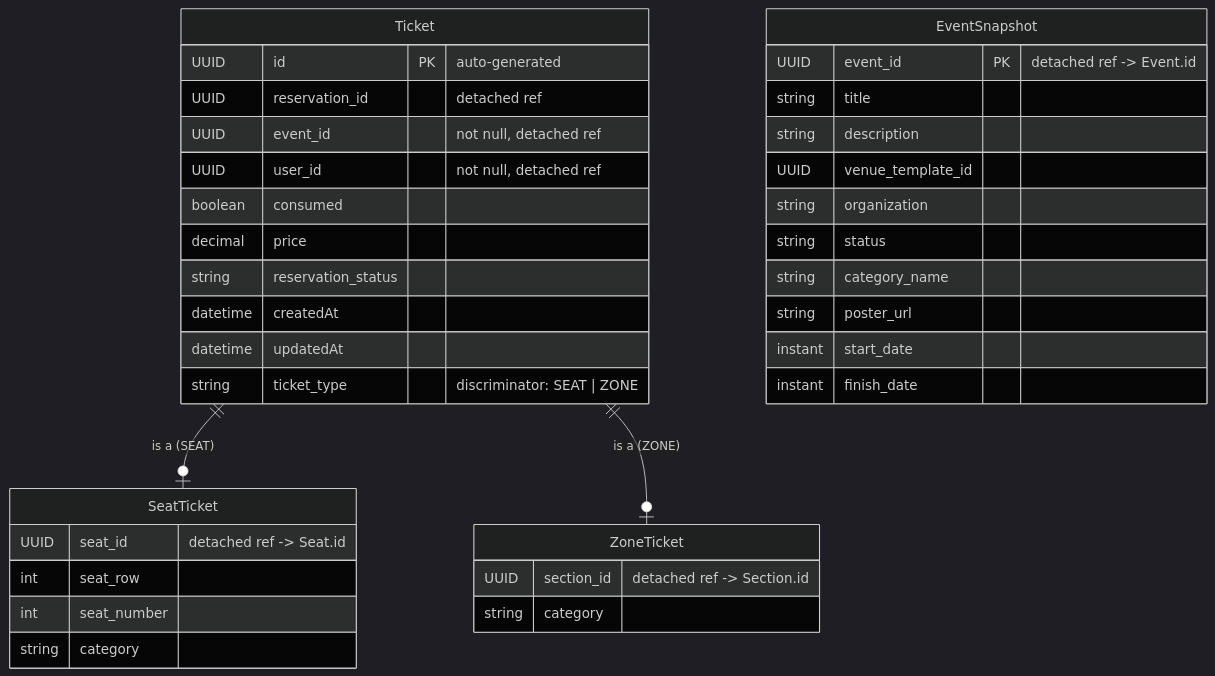
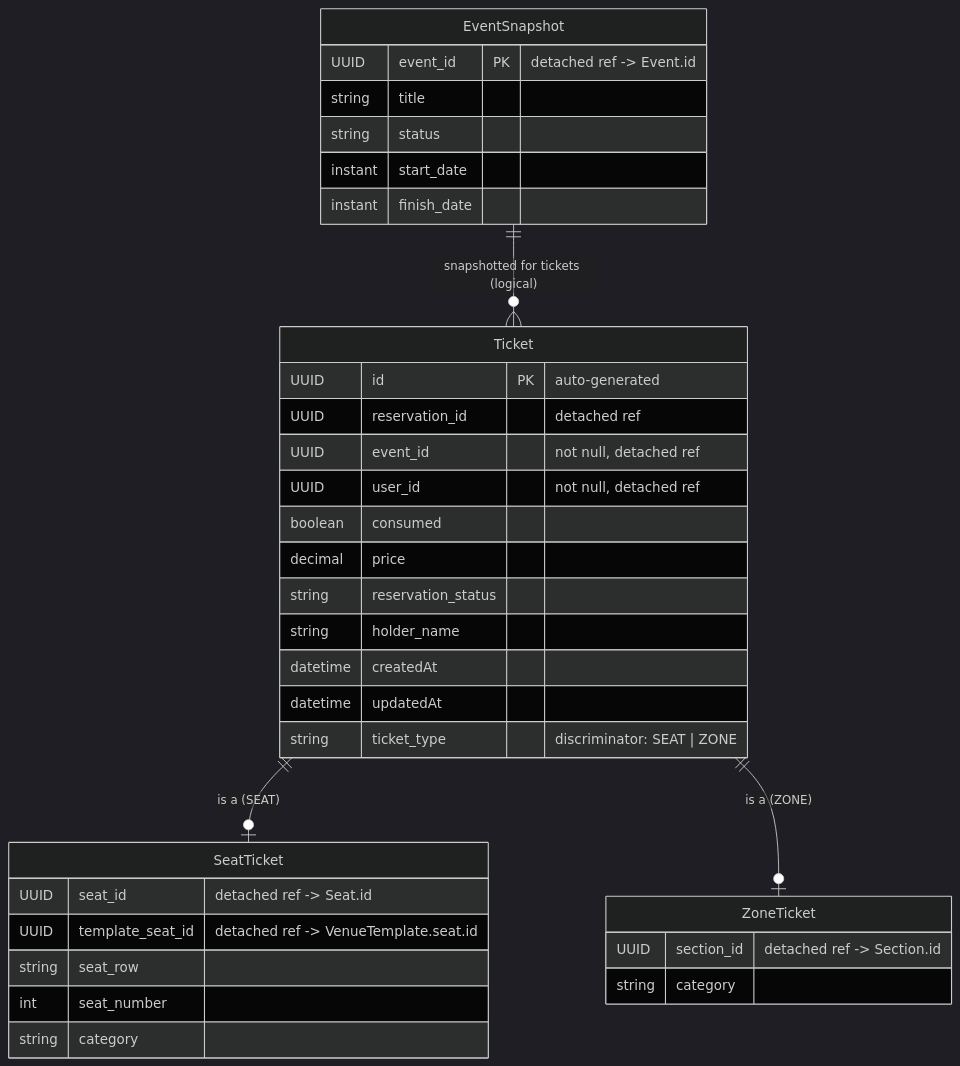
One commit to Ticket-Souq/TicketSouq changed the diagram in docs/services/ticket-service/erd.md. Above: the diagram before and after it, drawn with Mermaid (dark theme). The commit also changed other lines of this file and 23 other files, not shown here.

````diff
--- a/docs/services/ticket-service/erd.md
+++ b/docs/services/ticket-service/erd.md
@@ -21,53 +21,54 @@
 ```mermaid
 erDiagram
   %% ── JPA Inheritance (single physical table) ──────────────────
   %% Source: ticket-service/src/main/java/.../models/Ticket.java:14-15 (@Inheritance SINGLE_TABLE + @DiscriminatorColumn)
 
   Ticket {
     UUID id PK "auto-generated"
     UUID reservation_id "detached ref"
     UUID event_id "not null, detached ref"
     UUID user_id "not null, detached ref"
     boolean consumed
     decimal price
     string reservation_status
+    string holder_name
     datetime createdAt
     datetime updatedAt
     string ticket_type "discriminator: SEAT | ZONE"
   }
 
   SeatTicket {
     UUID seat_id "detached ref -> Seat.id"
-    int seat_row
+    UUID template_seat_id "detached ref -> VenueTemplate.seat.id"
+    string seat_row
     int seat_number
     string category
   }
 
   ZoneTicket {
     UUID section_id "detached ref -> Section.id"
     string category
   }
 
   %% ── EventSnapshot (denormalized read-model) ──────────────────
 
   EventSnapshot {
     UUID event_id PK "detached ref -> Event.id"
     string title
-    string description
-    UUID venue_template_id
-    string organization
     string status
-    string category_name
-    string poster_url
     instant start_date
     instant finish_date
   }
 
   %% ── Logical relationships (detached UUIDs, no JPA) ──────────
 
   Ticket ||--o| SeatTicket : "is a (SEAT)"
   %% Source: ticket-service/src/main/java/.../models/SeatTicket.java:9 (@DiscriminatorValue "SEAT")
 
   Ticket ||--o| ZoneTicket : "is a (ZONE)"
   %% Source: ticket-service/src/main/java/.../models/ZoneTicket.java:9 (@DiscriminatorValue "ZONE")
+
+  EventSnapshot ||--o{ Ticket : "snapshotted for tickets (logical)"
+  %% Source: ticket-service/src/main/java/.../models/Ticket.java:31-32 (eventId -> EventSnapshot.eventId)
+  %% Source: ticket-service/src/main/java/.../service/TicketService.java:50 (resolve snapshot per eventId)
 ```
````
